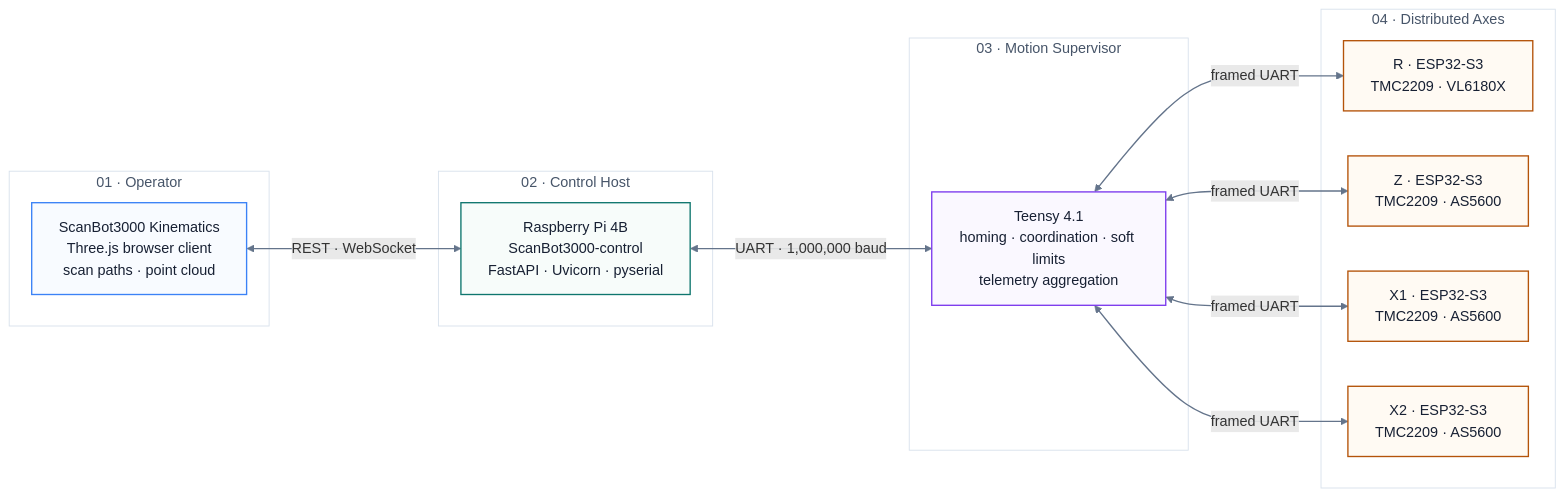
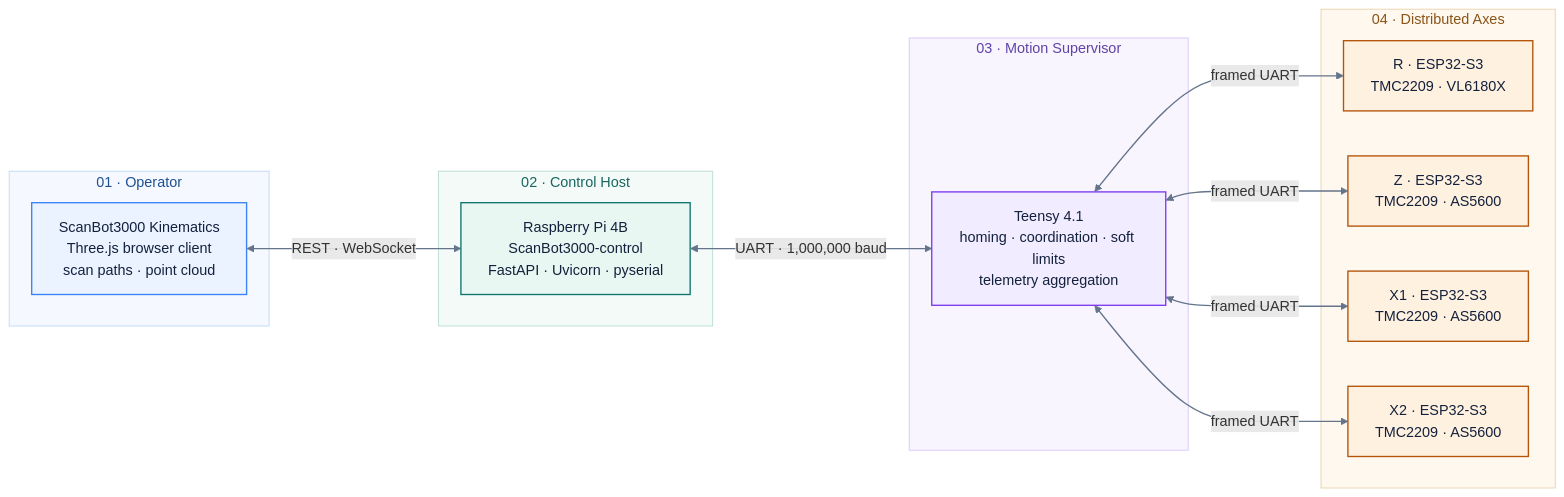
Before and after one commit to DreamMakers2/Scanbot3000: the diagram in README.md, drawn with Mermaid.

Commit message:
docs: harmonize Mermaid architecture backgrounds

````diff
--- a/README.md
+++ b/README.md
@@ -28,44 +28,44 @@
 ```mermaid
 flowchart LR
     subgraph L1["01 · Operator"]
         UI["ScanBot3000 Kinematics<br/>Three.js browser client<br/>scan paths · point cloud"]
     end
 
     subgraph L2["02 · Control Host"]
         PI["Raspberry Pi 4B<br/>ScanBot3000-control<br/>FastAPI · Uvicorn · pyserial"]
     end
 
     subgraph L3["03 · Motion Supervisor"]
         TEENSY["Teensy 4.1<br/>homing · coordination · soft limits<br/>telemetry aggregation"]
     end
 
     subgraph L4["04 · Distributed Axes"]
         R["R · ESP32-S3<br/>TMC2209 · VL6180X"]
         Z["Z · ESP32-S3<br/>TMC2209 · AS5600"]
         X1["X1 · ESP32-S3<br/>TMC2209 · AS5600"]
         X2["X2 · ESP32-S3<br/>TMC2209 · AS5600"]
     end
 
     UI <-->|"REST · WebSocket"| PI
     PI <-->|"UART · 1,000,000 baud"| TEENSY
     TEENSY <-->|"framed UART"| R
     TEENSY <-->|"framed UART"| Z
     TEENSY <-->|"framed UART"| X1
     TEENSY <-->|"framed UART"| X2
 
-    classDef operator fill:#f8fbff,stroke:#3b82f6,color:#172033,stroke-width:1.5px;
-    classDef host fill:#f7fcfa,stroke:#0f766e,color:#172033,stroke-width:1.5px;
-    classDef supervisor fill:#faf8ff,stroke:#7c3aed,color:#172033,stroke-width:1.5px;
-    classDef axis fill:#fffaf3,stroke:#b45309,color:#172033,stroke-width:1.5px;
+    classDef operator fill:#eaf3ff,stroke:#3b82f6,color:#14213d,stroke-width:1.5px;
+    classDef host fill:#e8f7f2,stroke:#0f766e,color:#14213d,stroke-width:1.5px;
+    classDef supervisor fill:#f1ecff,stroke:#7c3aed,color:#14213d,stroke-width:1.5px;
+    classDef axis fill:#fff1df,stroke:#b45309,color:#14213d,stroke-width:1.5px;
 
     class UI operator;
     class PI host;
     class TEENSY supervisor;
     class R,Z,X1,X2 axis;
 
-    style L1 fill:#ffffff,stroke:#d8e1ec,color:#475569,stroke-width:1px
-    style L2 fill:#ffffff,stroke:#d8e1ec,color:#475569,stroke-width:1px
-    style L3 fill:#ffffff,stroke:#d8e1ec,color:#475569,stroke-width:1px
-    style L4 fill:#ffffff,stroke:#d8e1ec,color:#475569,stroke-width:1px
+    style L1 fill:#f5f9ff,stroke:#bfd7f7,color:#1d4f91,stroke-width:1px
+    style L2 fill:#f3faf7,stroke:#b8ddd3,color:#17665f,stroke-width:1px
+    style L3 fill:#f8f5ff,stroke:#d6c7f5,color:#6043a7,stroke-width:1px
+    style L4 fill:#fff8ef,stroke:#ead1ad,color:#8a5417,stroke-width:1px
     linkStyle default stroke:#64748b,stroke-width:1.5px;
 ```
````
